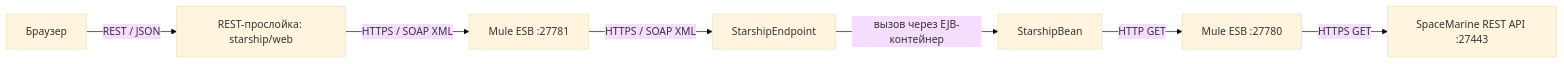
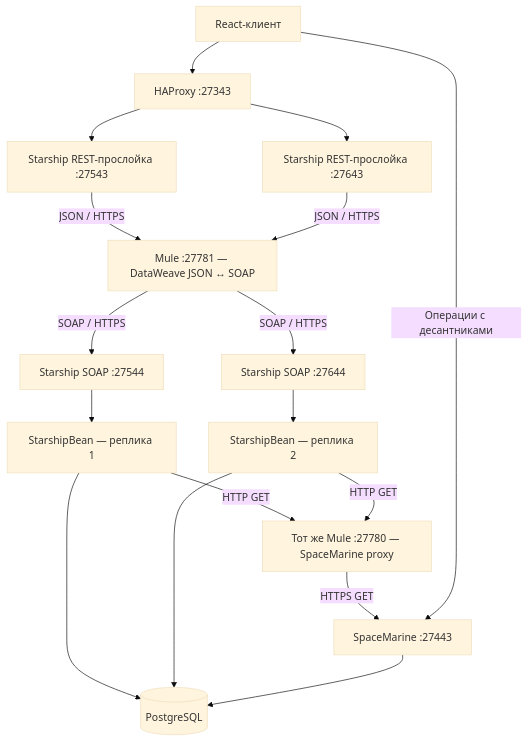
One commit to arekalov/soa-labs changed the first of 2 diagrams in README-LAB4-INTERACTION.md. Above: the diagram before and after it, drawn with Mermaid (base theme). The commit also changed other lines of this file and 19 other files, not shown here.

Commit message:
Move Starship JSON SOAP transformations into Mule

````diff
--- a/README-LAB4-INTERACTION.md
+++ b/README-LAB4-INTERACTION.md
@@ -16,9 +5,19 @@
 ```mermaid
-flowchart LR
-    A["Браузер"] -->|"REST / JSON"| B["REST-прослойка: starship/web"]
-    B -->|"HTTPS / SOAP XML"| M["Mule ESB :27781"]
-    M -->|"HTTPS / SOAP XML"| C["StarshipEndpoint"]
-    C -->|"вызов через EJB-контейнер"| D["StarshipBean"]
-    D -->|"HTTP GET"| E["Mule ESB :27780"]
-    E -->|"HTTPS GET"| F["SpaceMarine REST API :27443"]
+flowchart TD
+    UI["React-клиент"] --> HA["HAProxy :27343"]
+    HA --> R1["Starship REST-прослойка :27543"]
+    HA --> R2["Starship REST-прослойка :27643"]
+    R1 -->|"JSON / HTTPS"| M
+    R2 -->|"JSON / HTTPS"| M
+    M["Mule :27781 — DataWeave JSON ↔ SOAP"] -->|"SOAP / HTTPS"| S1["Starship SOAP :27544"]
+    M -->|"SOAP / HTTPS"| S2["Starship SOAP :27644"]
+    S1 --> B1["StarshipBean — реплика 1"]
+    S2 --> B2["StarshipBean — реплика 2"]
+    B1 -->|"HTTP GET"| MR["Тот же Mule :27780 — SpaceMarine proxy"]
+    B2 -->|"HTTP GET"| MR
+    MR -->|"HTTPS GET"| SM["SpaceMarine :27443"]
+    B1 --> DB[(PostgreSQL)]
+    B2 --> DB
+    SM --> DB
+    UI -->|"Операции с десантниками"| SM
 ```
````
